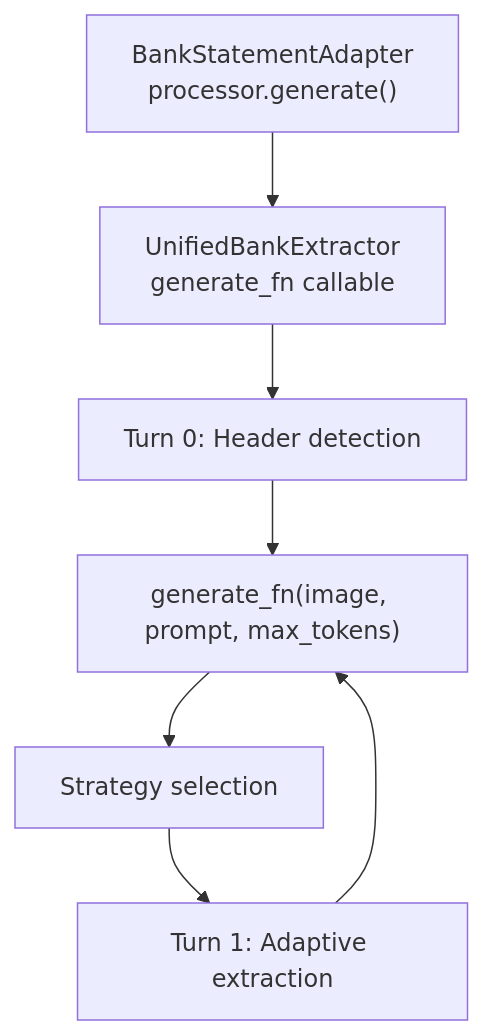
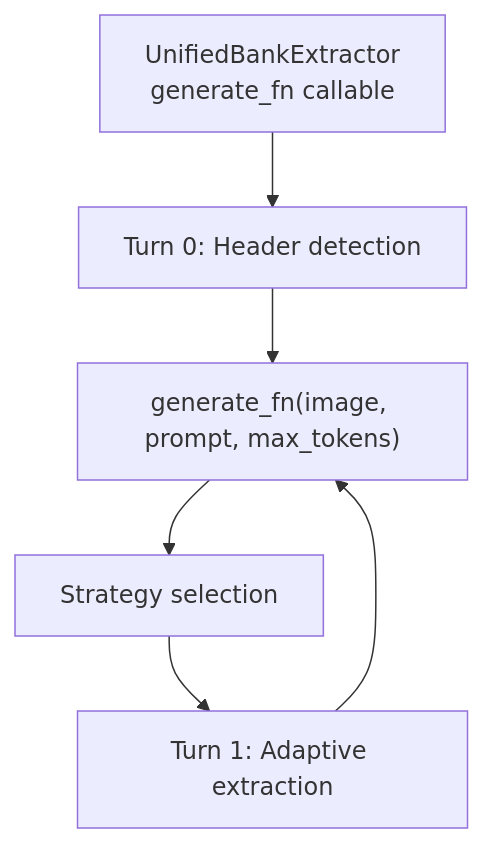
Before and after one commit to tmnestor/LMM_POC: the fourth of 5 diagrams in README.md, drawn with Mermaid. The commit also changed other lines of this file and 2 other files, not shown here.

Commit message:
📝 docs: rewrite README for post-refactor architecture, add Bedrock integration guide

````diff
--- a/README.md
+++ b/README.md
@@ -240,13 +292,12 @@
 ```mermaid
 graph TD
-    BSA["BankStatementAdapter<br/>processor.generate()"]
     UBE["UnifiedBankExtractor<br/>generate_fn callable"]
     T0["Turn 0: Header detection"]
     GEN["generate_fn(image, prompt, max_tokens)"]
     STRAT["Strategy selection"]
     T1["Turn 1: Adaptive extraction"]
 
-    BSA --> UBE --> T0 --> GEN
+    UBE --> T0 --> GEN
     GEN --> STRAT
     STRAT --> T1 --> GEN
 ```
````
